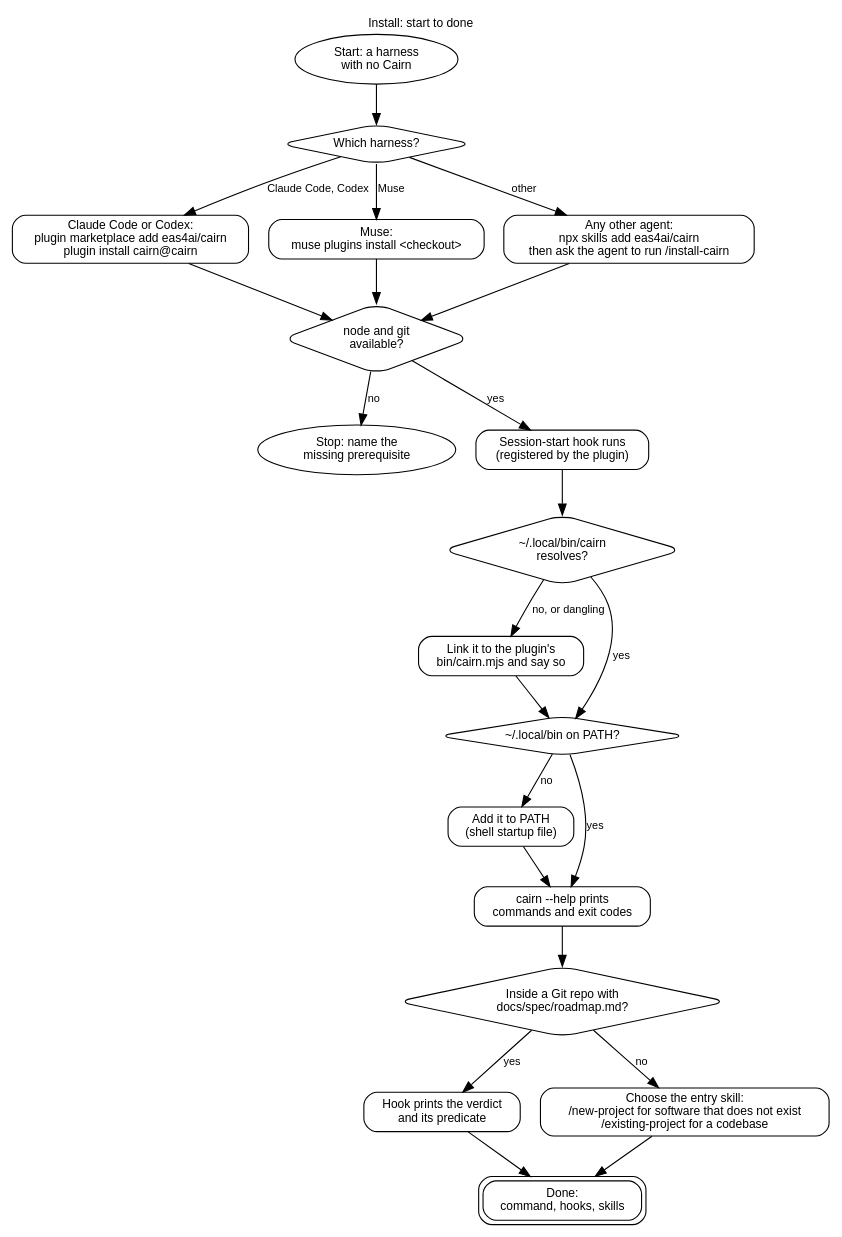
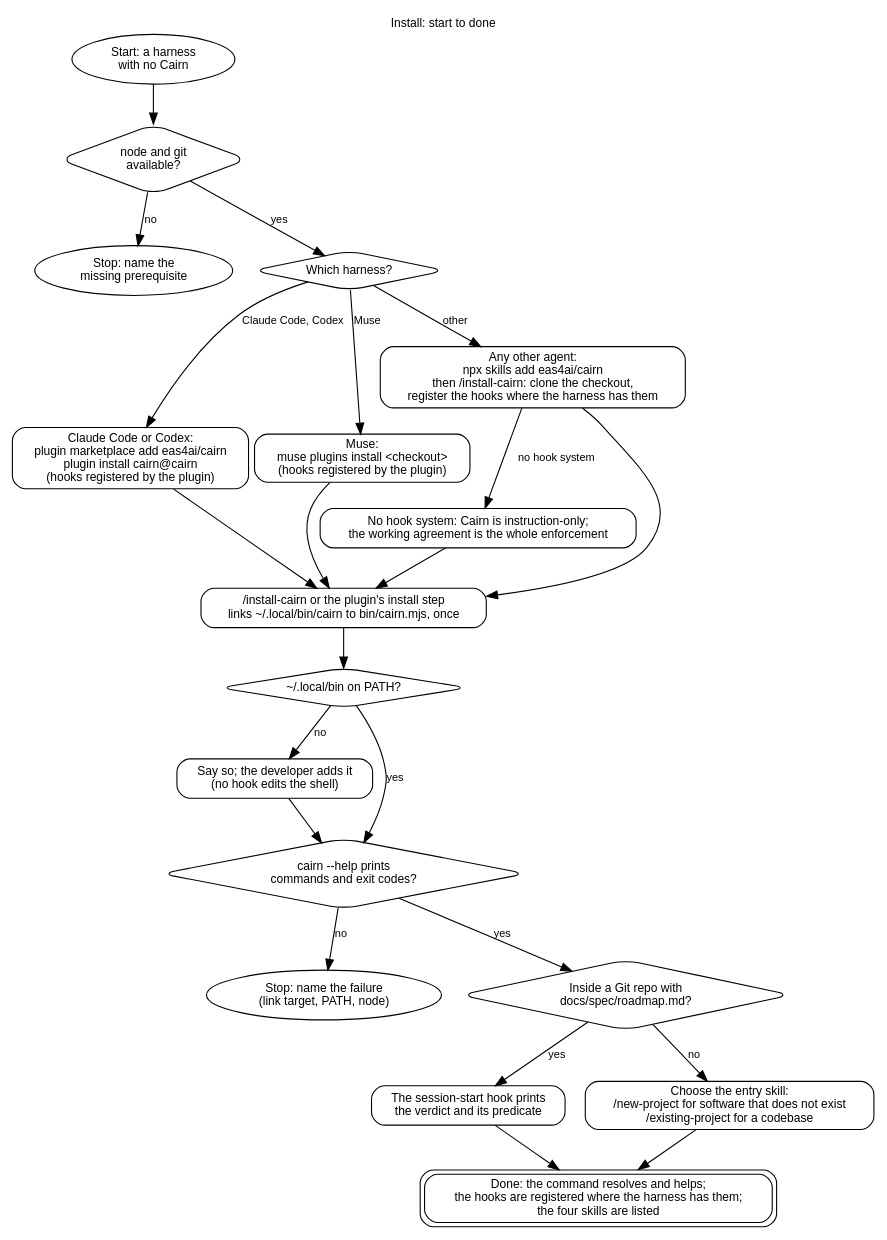
The diagram in docs/diagrams/install.dot (eas4ai/cairn), drawn with Graphviz before and after one commit. The commit also changed 13 other files, not shown here.

Commit message:
Revise the specification against the adversarial review: one adversary at Done, four verdicts, digest-keyed predicates, precedence, the block grammar, a shared spec-phase tail

```diff
--- a/docs/diagrams/install.dot
+++ b/docs/diagrams/install.dot
@@ -1,45 +1,44 @@
 // Install: from a harness with no Cairn to a working command, hooks and skills.
 digraph install {
   rankdir=TB;
   graph [fontname="Helvetica", fontsize=11, labelloc=t, label="Install: start to done"];
   node  [shape=box, style=rounded, fontname="Helvetica", fontsize=11];
   edge  [fontname="Helvetica", fontsize=10];
 
   start [shape=oval, label="Start: a harness\nwith no Cairn"];
-  harness [shape=diamond, label="Which harness?"];
-  cc [label="Claude Code or Codex:\nplugin marketplace add eas4ai/cairn\nplugin install cairn@cairn"];
-  muse [label="Muse:\nmuse plugins install <checkout>"];
-  other [label="Any other agent:\nnpx skills add eas4ai/cairn\nthen ask the agent to run /install-cairn"];
   prereq [shape=diamond, label="node and git\navailable?"];
   missing [shape=oval, label="Stop: name the\nmissing prerequisite"];
-  hook [label="Session-start hook runs\n(registered by the plugin)"];
-  link [shape=diamond, label="~/.local/bin/cairn\nresolves?"];
-  mklink [label="Link it to the plugin's\nbin/cairn.mjs and say so"];
+  harness [shape=diamond, label="Which harness?"];
+  cc [label="Claude Code or Codex:\nplugin marketplace add eas4ai/cairn\nplugin install cairn@cairn\n(hooks registered by the plugin)"];
+  muse [label="Muse:\nmuse plugins install <checkout>\n(hooks registered by the plugin)"];
+  other [label="Any other agent:\nnpx skills add eas4ai/cairn\nthen /install-cairn: clone the checkout,\nregister the hooks where the harness has them"];
+  nohooks [label="No hook system: Cairn is instruction-only;\nthe working agreement is the whole enforcement"];
+  link [label="/install-cairn or the plugin's install step\nlinks ~/.local/bin/cairn to bin/cairn.mjs, once"];
   path [shape=diamond, label="~/.local/bin on PATH?"];
-  addpath [label="Add it to PATH\n(shell startup file)"];
-  help [label="cairn --help prints\ncommands and exit codes"];
+  addpath [label="Say so; the developer adds it\n(no hook edits the shell)"];
+  help [shape=diamond, label="cairn --help prints\ncommands and exit codes?"];
+  broken [shape=oval, label="Stop: name the failure\n(link target, PATH, node)"];
   project [shape=diamond, label="Inside a Git repo with\ndocs/spec/roadmap.md?"];
-  wake [label="Hook prints the verdict\nand its predicate"];
+  wake [label="The session-start hook prints\nthe verdict and its predicate"];
   choose [label="Choose the entry skill:\n/new-project for software that does not exist\n/existing-project for a codebase"];
-  done [shape=box, peripheries=2, label="Done:\ncommand, hooks, skills"];
+  done [shape=box, peripheries=2, label="Done: the command resolves and helps;\nthe hooks are registered where the harness has them;\nthe four skills are listed"];
 
-  start -> harness;
+  start -> prereq;
+  prereq -> missing [label="no"];
+  prereq -> harness [label="yes"];
   harness -> cc [label="Claude Code, Codex"];
   harness -> muse [label="Muse"];
   harness -> other [label="other"];
-  cc -> prereq; muse -> prereq; other -> prereq;
-  prereq -> missing [label="no"];
-  prereq -> hook [label="yes"];
-  hook -> link;
-  link -> mklink [label="no, or dangling"];
-  link -> path [label="yes"];
-  mklink -> path;
+  other -> nohooks [label="no hook system"];
+  cc -> link; muse -> link; other -> link; nohooks -> link;
+  link -> path;
   path -> addpath [label="no"];
   path -> help [label="yes"];
   addpath -> help;
-  help -> project;
+  help -> broken [label="no"];
+  help -> project [label="yes"];
   project -> wake [label="yes"];
   project -> choose [label="no"];
   wake -> done;
   choose -> done;
 }
```
